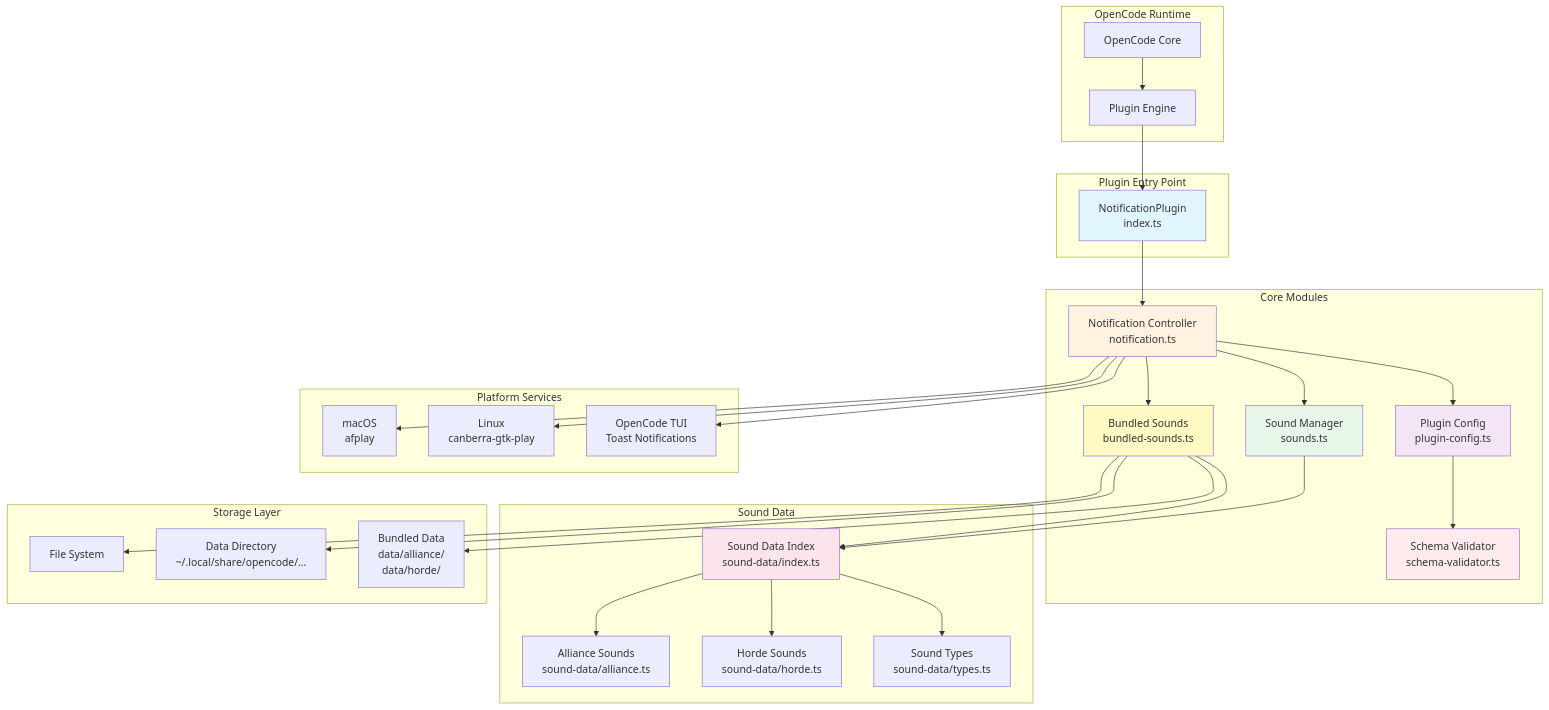
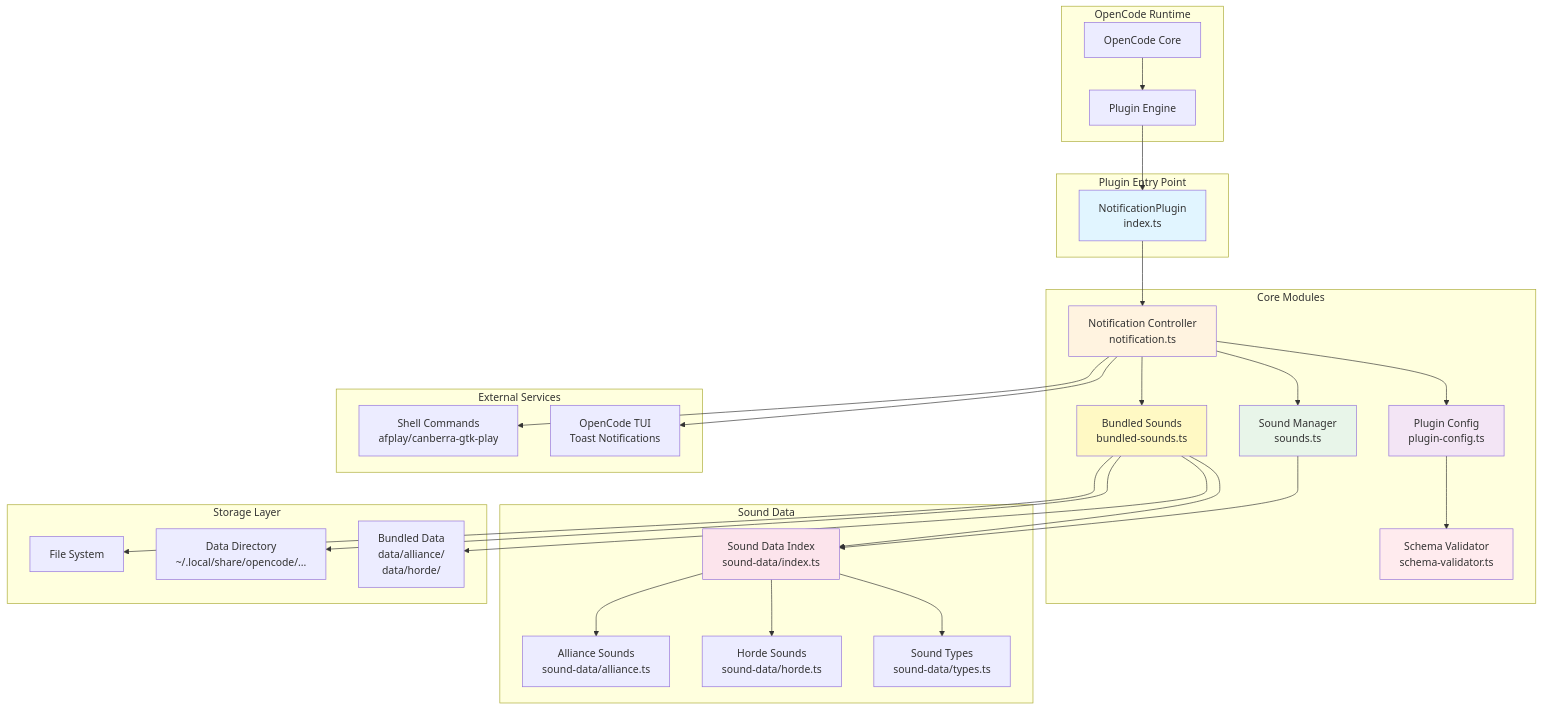
One commit to pantheon-org/opencode-warcraft-notifications changed the first of 18 diagrams in docs/src/content/docs/architecture.md. Above: the diagram before and after it, drawn with Mermaid. The commit also changed 6 other files, not shown here.

````diff
--- a/docs/src/content/docs/architecture.md
+++ b/docs/src/content/docs/architecture.md
@@ -14,65 +14,63 @@
 ```mermaid
 graph TB
     subgraph "OpenCode Runtime"
         OC[OpenCode Core]
         PE[Plugin Engine]
     end
 
     subgraph "Plugin Entry Point"
         NP[NotificationPlugin<br/>index.ts]
     end
 
     subgraph "Core Modules"
         NC[Notification Controller<br/>notification.ts]
         SV[Schema Validator<br/>schema-validator.ts]
         PC[Plugin Config<br/>plugin-config.ts]
         SM[Sound Manager<br/>sounds.ts]
         BS[Bundled Sounds<br/>bundled-sounds.ts]
     end
 
     subgraph "Sound Data"
         SD[Sound Data Index<br/>sound-data/index.ts]
         AS[Alliance Sounds<br/>sound-data/alliance.ts]
         HS[Horde Sounds<br/>sound-data/horde.ts]
         ST[Sound Types<br/>sound-data/types.ts]
     end
 
     subgraph "Storage Layer"
         FS[File System]
         DD[Data Directory<br/>~/.local/share/opencode/...]
         BD[Bundled Data<br/>data/alliance/<br/>data/horde/]
     end
 
-    subgraph "Platform Services"
-        MAC[macOS<br/>afplay]
-        LIN[Linux<br/>canberra-gtk-play]
+    subgraph "External Services"
+        SH[Shell Commands<br/>afplay/canberra-gtk-play]
         TUI[OpenCode TUI<br/>Toast Notifications]
     end
 
     OC --> PE
     PE --> NP
     NP --> NC
     NC --> PC
     PC --> SV
     NC --> SM
     NC --> BS
     SM --> SD
     BS --> SD
     SD --> AS
     SD --> HS
     SD --> ST
     BS --> FS
     BS --> DD
     BS --> BD
-    NC --> MAC
-    NC --> LIN
+    NC --> SH
     NC --> TUI
 
     style NP fill:#e1f5ff
     style NC fill:#fff3e0
     style SV fill:#ffebee
     style PC fill:#f3e5f5
     style SM fill:#e8f5e9
     style BS fill:#fff9c4
     style SD fill:#fce4ec
 ```
````
